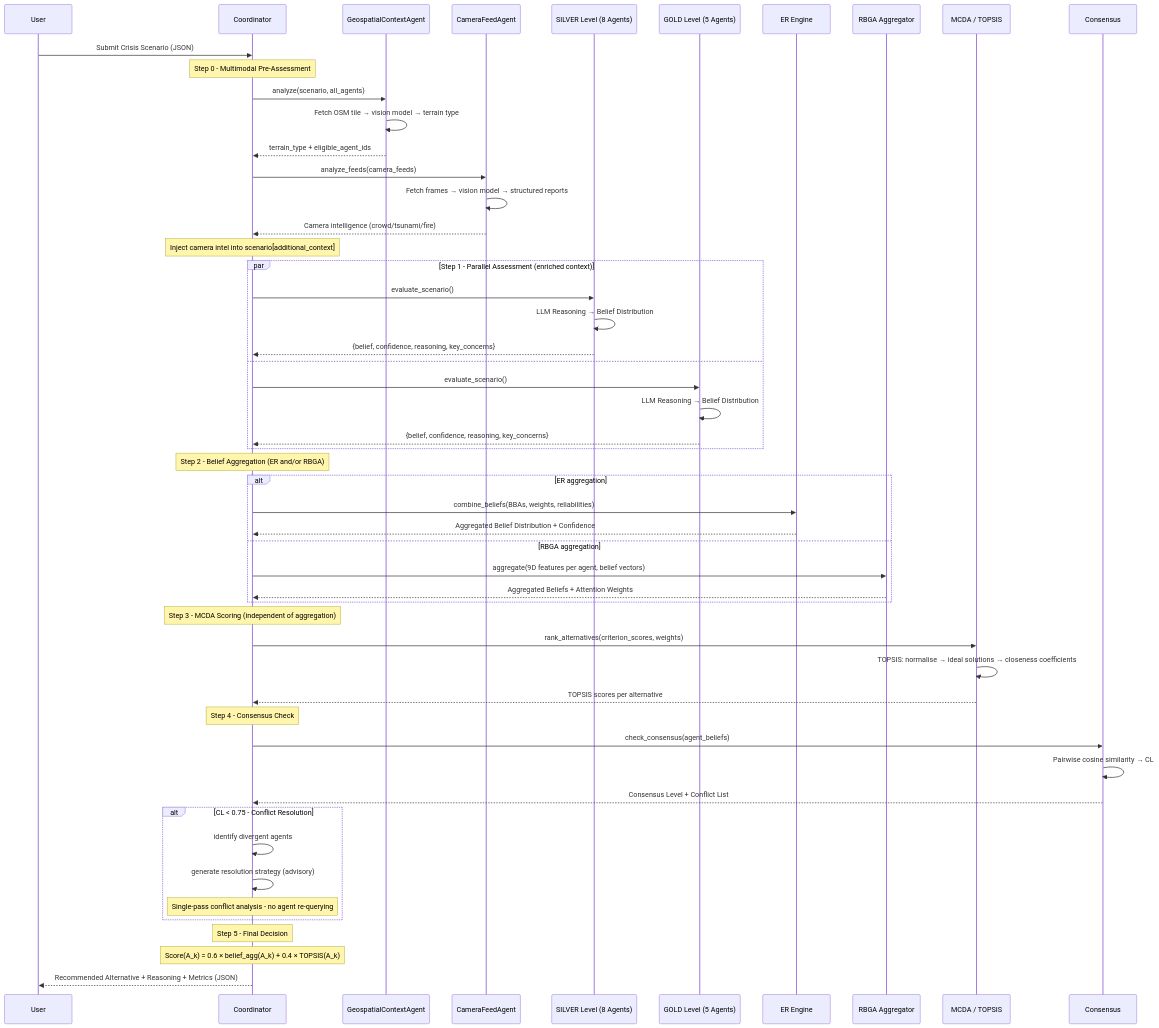
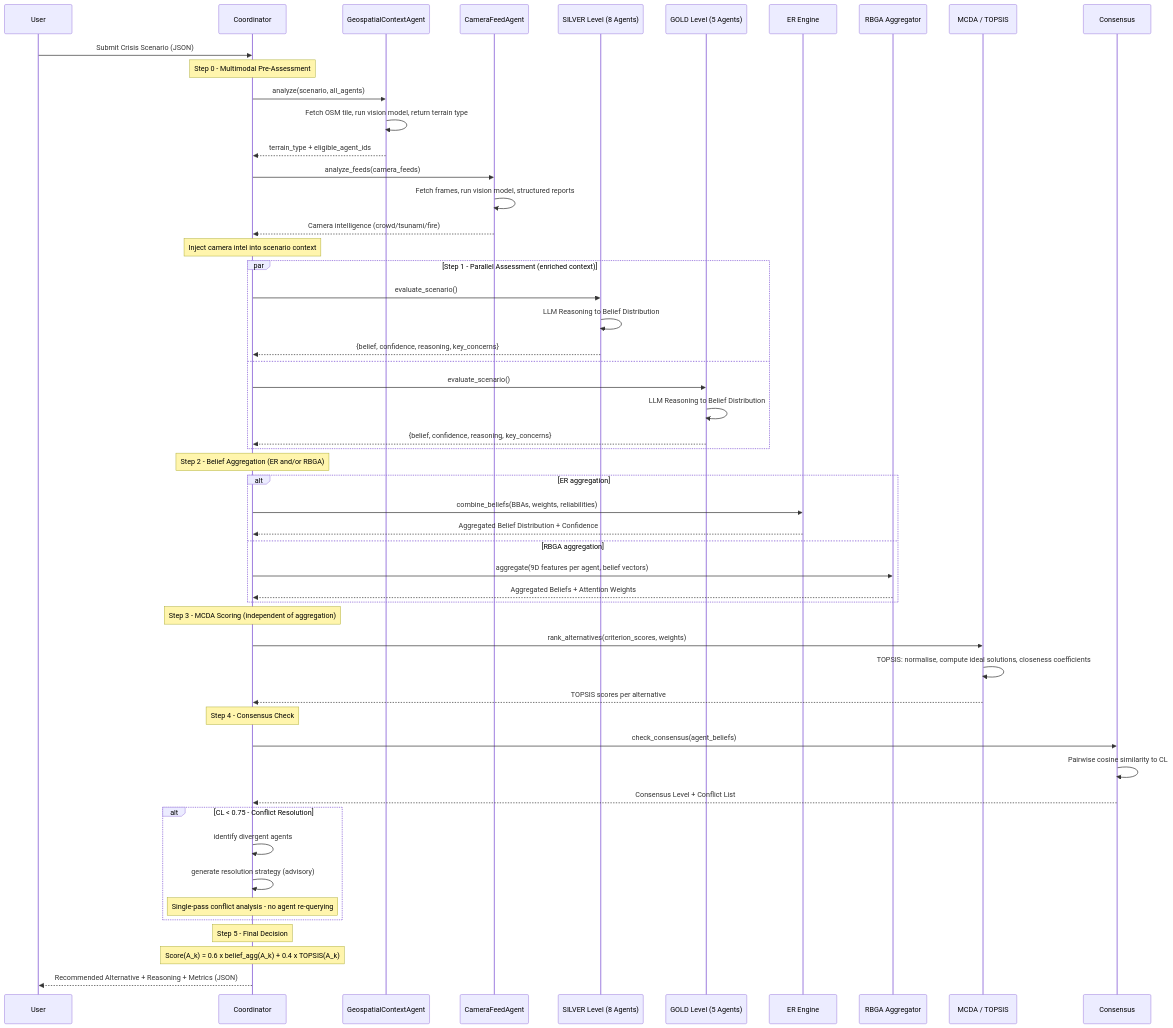
One commit to kerbgr/crisis_mas_poc changed the sixth of 7 diagrams in academic_journal_draft_long version.md. Above: the diagram before and after it, drawn with Mermaid. The commit also changed other lines of this file, not shown here.

Commit message:
mermaid and latex

````diff
--- a/academic_journal_draft_long version.md
+++ b/academic_journal_draft_long version.md
@@ -488,69 +488,69 @@
 ```mermaid
 sequenceDiagram
     participant User
     participant Coordinator
     participant Geo as GeospatialContextAgent
     participant Cam as CameraFeedAgent
     participant Silver as SILVER Level (8 Agents)
     participant Gold as GOLD Level (5 Agents)
     participant ER as ER Engine
     participant GAT as RBGA Aggregator
     participant MCDA as MCDA / TOPSIS
     participant Consensus
 
     User->>Coordinator: Submit Crisis Scenario (JSON)
 
     Note over Coordinator: Step 0 - Multimodal Pre-Assessment
 
     Coordinator->>Geo: analyze(scenario, all_agents)
-    Geo->>Geo: Fetch OSM tile → vision model → terrain type
+    Geo->>Geo: Fetch OSM tile, run vision model, return terrain type
     Geo-->>Coordinator: terrain_type + eligible_agent_ids
 
     Coordinator->>Cam: analyze_feeds(camera_feeds)
-    Cam->>Cam: Fetch frames → vision model → structured reports
+    Cam->>Cam: Fetch frames, run vision model, structured reports
     Cam-->>Coordinator: Camera intelligence (crowd/tsunami/fire)
-    Note over Coordinator: Inject camera intel into scenario[additional_context]
+    Note over Coordinator: Inject camera intel into scenario context
 
     par Step 1 - Parallel Assessment (enriched context)
         Coordinator->>Silver: evaluate_scenario()
-        Silver->>Silver: LLM Reasoning → Belief Distribution
+        Silver->>Silver: LLM Reasoning to Belief Distribution
         Silver-->>Coordinator: {belief, confidence, reasoning, key_concerns}
     and
         Coordinator->>Gold: evaluate_scenario()
-        Gold->>Gold: LLM Reasoning → Belief Distribution
+        Gold->>Gold: LLM Reasoning to Belief Distribution
         Gold-->>Coordinator: {belief, confidence, reasoning, key_concerns}
     end
 
     Note over Coordinator: Step 2 - Belief Aggregation (ER and/or RBGA)
 
     alt ER aggregation
         Coordinator->>ER: combine_beliefs(BBAs, weights, reliabilities)
         ER-->>Coordinator: Aggregated Belief Distribution + Confidence
     else RBGA aggregation
         Coordinator->>GAT: aggregate(9D features per agent, belief vectors)
         GAT-->>Coordinator: Aggregated Beliefs + Attention Weights
     end
 
     Note over Coordinator: Step 3 - MCDA Scoring (independent of aggregation)
 
     Coordinator->>MCDA: rank_alternatives(criterion_scores, weights)
-    MCDA->>MCDA: TOPSIS: normalise → ideal solutions → closeness coefficients
+    MCDA->>MCDA: TOPSIS: normalise, compute ideal solutions, closeness coefficients
     MCDA-->>Coordinator: TOPSIS scores per alternative
 
     Note over Coordinator: Step 4 - Consensus Check
 
     Coordinator->>Consensus: check_consensus(agent_beliefs)
-    Consensus->>Consensus: Pairwise cosine similarity → CL
+    Consensus->>Consensus: Pairwise cosine similarity to CL
     Consensus-->>Coordinator: Consensus Level + Conflict List
 
     alt CL < 0.75 - Conflict Resolution
         Coordinator->>Coordinator: identify divergent agents
         Coordinator->>Coordinator: generate resolution strategy (advisory)
         Note over Coordinator: Single-pass conflict analysis - no agent re-querying
     end
 
     Note over Coordinator: Step 5 - Final Decision
-    Note over Coordinator: Score(A_k) = 0.6 × belief_agg(A_k) + 0.4 × TOPSIS(A_k)
+    Note over Coordinator: Score(A_k) = 0.6 x belief_agg(A_k) + 0.4 x TOPSIS(A_k)
 
     Coordinator-->>User: Recommended Alternative + Reasoning + Metrics (JSON)
 ```
````
